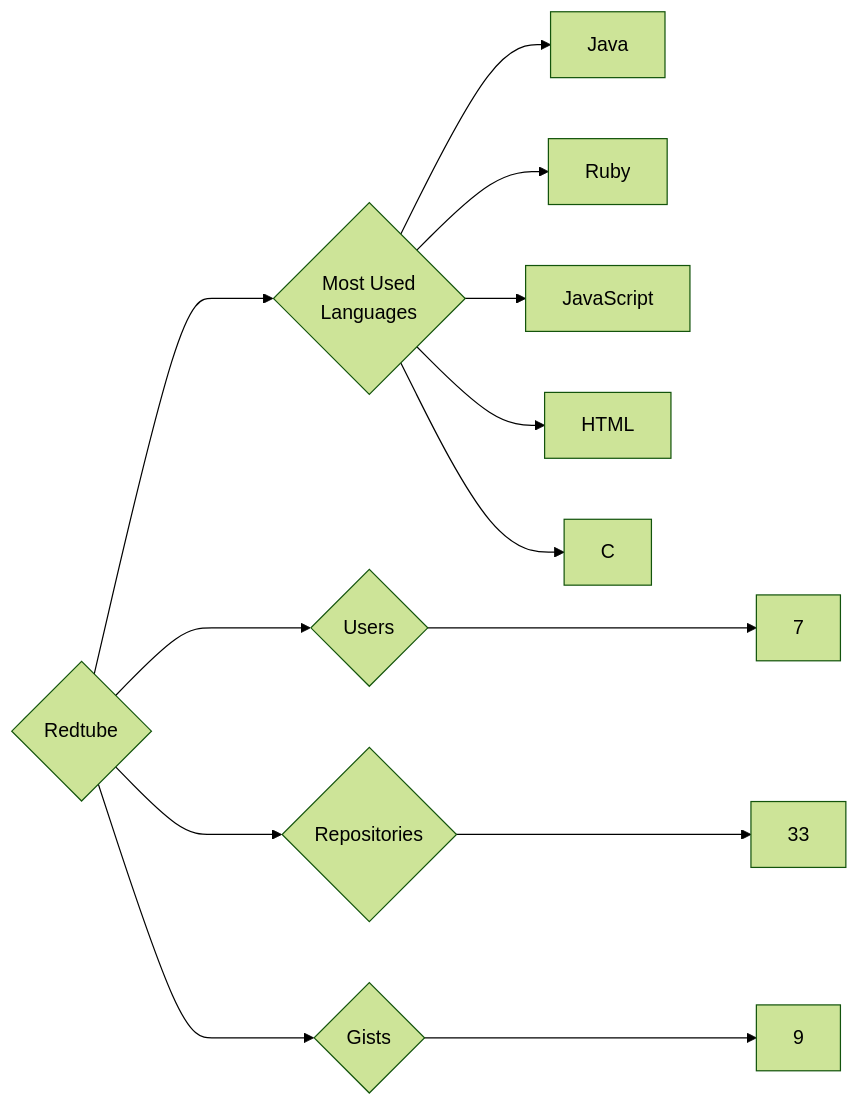
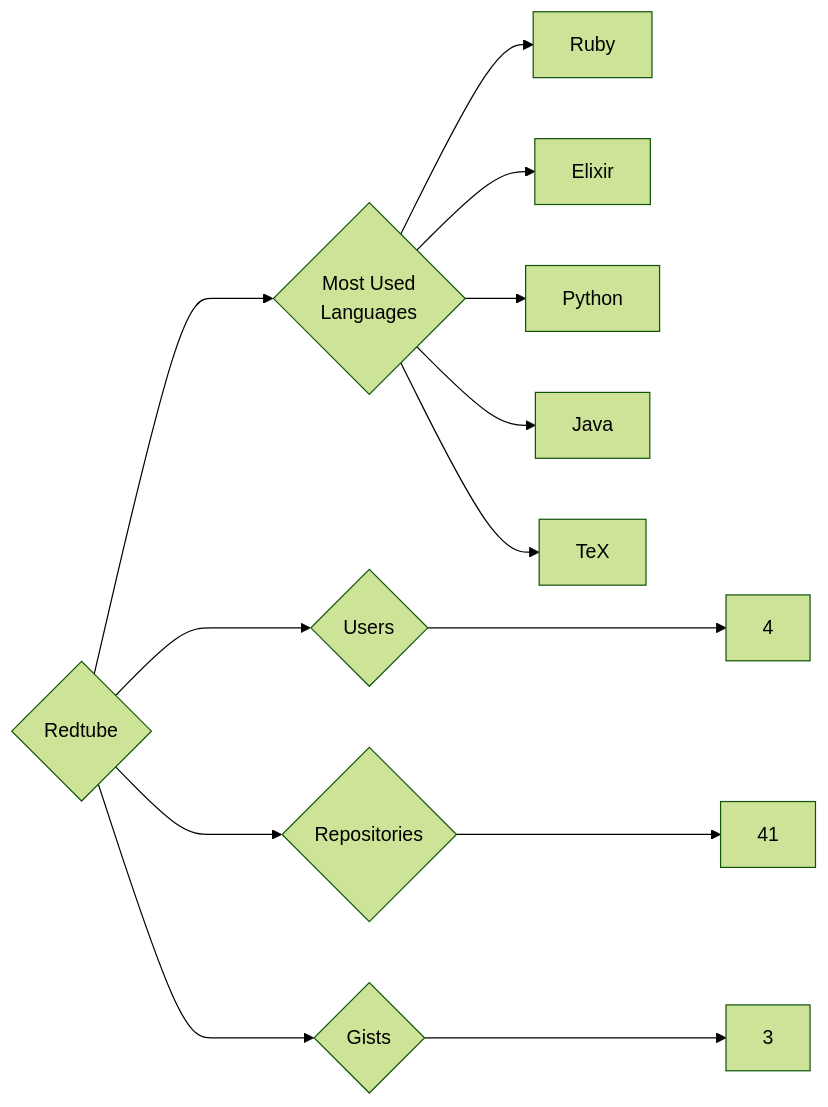
Before and after one commit to trickest/insiders: the diagram in targets/Redtube/README.md, drawn with Mermaid (forest theme). The commit also changed 976 other files, not shown here.

````diff
--- a/targets/Redtube/README.md
+++ b/targets/Redtube/README.md
@@ -3,13 +3,13 @@
 ```mermaid
 graph LR
 COMPANY_NAME{Redtube}
-COMPANY_NAME ---> U{Users} ---> UN[7]
-COMPANY_NAME ---> R{Repositories} ---> RN[33]
-COMPANY_NAME ---> G{Gists} ---> GN[9]
+COMPANY_NAME ---> U{Users} ---> UN[4]
+COMPANY_NAME ---> R{Repositories} ---> RN[41]
+COMPANY_NAME ---> G{Gists} ---> GN[3]
 COMPANY_NAME ---> ML{Most Used<br>Languages}
+ML --> Ruby[Ruby]
+ML --> Elixir[Elixir]
+ML --> Python[Python]
 ML --> Java[Java]
-ML --> Ruby[Ruby]
-ML --> JavaScript[JavaScript]
-ML --> HTML[HTML]
-ML --> C[C]
+ML --> TeX[TeX]
 ```
````
